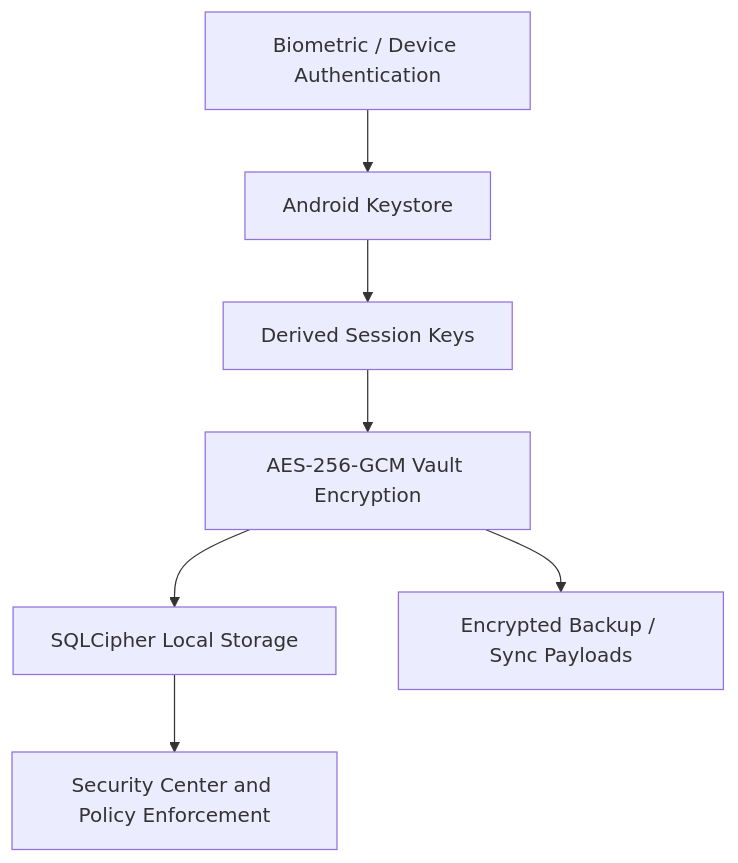
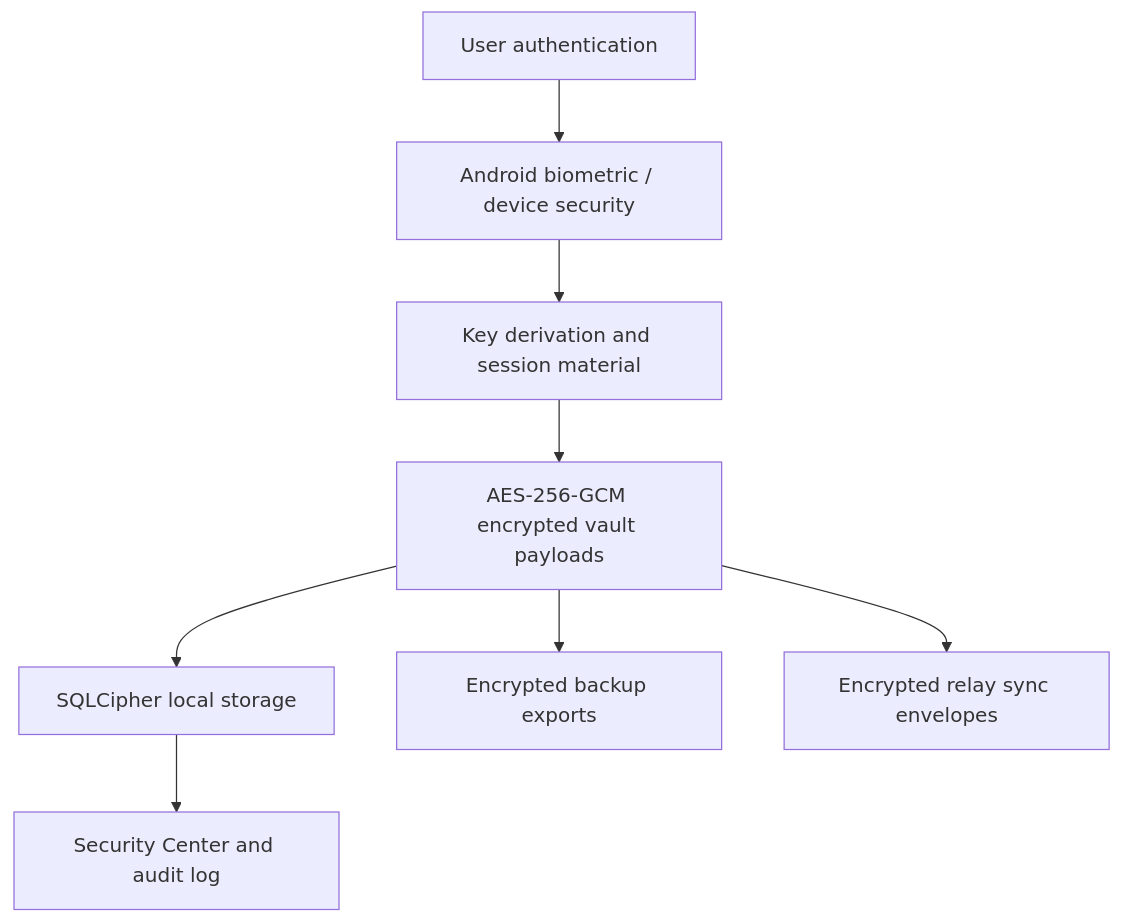
One commit to hafgit99/AegisVaultAndroid_V.4.0.0 changed the diagram in README.md. Above: the diagram before and after it, drawn with Mermaid. The commit also changed other lines of this file and 5 other files, not shown here.

````diff
--- a/README.md
+++ b/README.md
@@ -88,9 +112,10 @@
 ```mermaid
 graph TD
-    A["Biometric / Device Authentication"] --> B["Android Keystore"]
-    B --> C["Derived Session Keys"]
-    C --> D["AES-256-GCM Vault Encryption"]
-    D --> E["SQLCipher Local Storage"]
-    D --> F["Encrypted Backup / Sync Payloads"]
-    E --> G["Security Center and Policy Enforcement"]
+    A["User authentication"] --> B["Android biometric / device security"]
+    B --> C["Key derivation and session material"]
+    C --> D["AES-256-GCM encrypted vault payloads"]
+    D --> E["SQLCipher local storage"]
+    D --> F["Encrypted backup exports"]
+    D --> G["Encrypted relay sync envelopes"]
+    E --> H["Security Center and audit log"]
 ```
````
